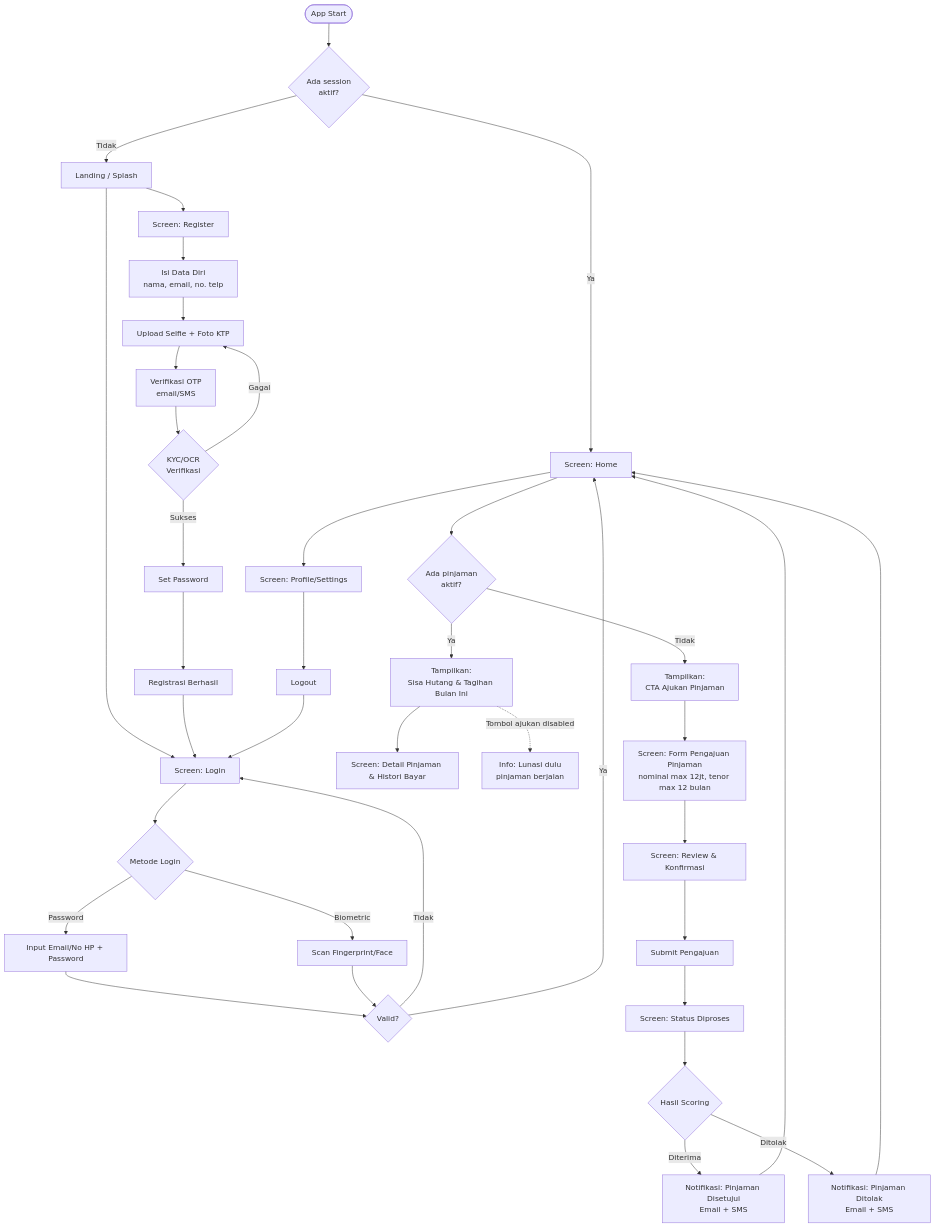
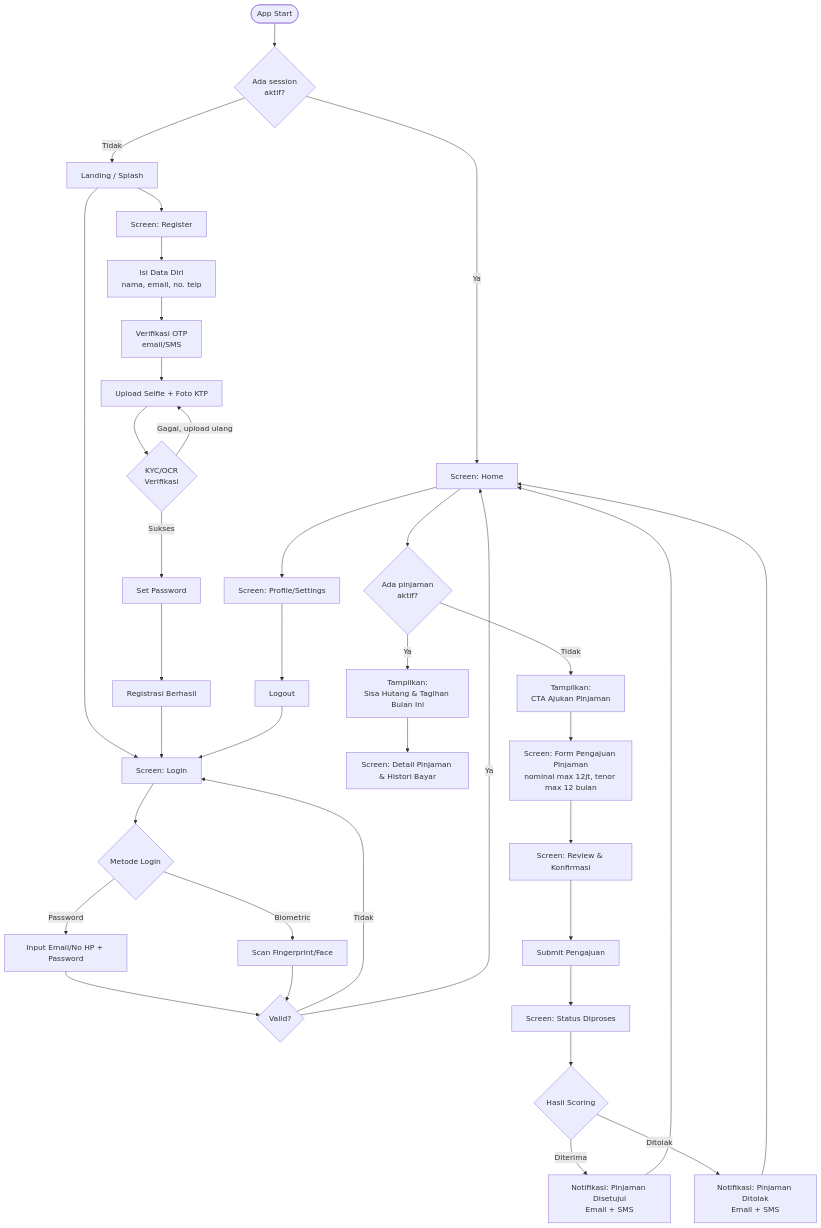
Before and after one commit to sendygit/assesment-solution-analyst: the diagram in docs/02-screen-flow/screen-flow.md, drawn with Mermaid. The commit also changed other lines of this file, not shown here.

Commit message:
Fix screen flow: verify OTP before KTP upload, remove dangling blocked node

````diff
--- a/docs/02-screen-flow/screen-flow.md
+++ b/docs/02-screen-flow/screen-flow.md
@@ -3,47 +3,46 @@
 ```mermaid
 flowchart TD
     Start([App Start]) --> HasSession{Ada session<br/>aktif?}
     HasSession -->|Ya| Home
     HasSession -->|Tidak| Landing[Landing / Splash]
 
     Landing --> Login[Screen: Login]
     Landing --> Register[Screen: Register]
 
     Register --> RegForm[Isi Data Diri<br/>nama, email, no. telp]
-    RegForm --> UploadDoc[Upload Selfie + Foto KTP]
-    UploadDoc --> OTP[Verifikasi OTP<br/>email/SMS]
-    OTP --> KYCCheck{KYC/OCR<br/>Verifikasi}
-    KYCCheck -->|Gagal| UploadDoc
+    RegForm --> OTP[Verifikasi OTP<br/>email/SMS]
+    OTP --> UploadDoc[Upload Selfie + Foto KTP]
+    UploadDoc --> KYCCheck{KYC/OCR<br/>Verifikasi}
+    KYCCheck -->|Gagal, upload ulang| UploadDoc
     KYCCheck -->|Sukses| SetPassword[Set Password]
     SetPassword --> RegSuccess[Registrasi Berhasil]
     RegSuccess --> Login
 
     Login --> LoginMethod{Metode Login}
     LoginMethod -->|Password| LoginPwd[Input Email/No HP + Password]
     LoginMethod -->|Biometric| LoginBio[Scan Fingerprint/Face]
     LoginPwd --> AuthCheck{Valid?}
     LoginBio --> AuthCheck
     AuthCheck -->|Tidak| Login
     AuthCheck -->|Ya| Home[Screen: Home]
 
     Home --> LoanStatusCheck{Ada pinjaman<br/>aktif?}
     LoanStatusCheck -->|Ya| HomeActive[Tampilkan:<br/>Sisa Hutang & Tagihan Bulan Ini]
     LoanStatusCheck -->|Tidak| HomeEmpty[Tampilkan:<br/>CTA Ajukan Pinjaman]
 
     HomeActive --> Detail[Screen: Detail Pinjaman & Histori Bayar]
-    HomeActive -.->|Tombol ajukan disabled| Blocked[Info: Lunasi dulu<br/>pinjaman berjalan]
 
     HomeEmpty --> LoanForm[Screen: Form Pengajuan Pinjaman<br/>nominal max 12jt, tenor max 12 bulan]
     LoanForm --> LoanReview[Screen: Review & Konfirmasi]
     LoanReview --> Submit[Submit Pengajuan]
     Submit --> Processing[Screen: Status Diproses]
     Processing --> Decision{Hasil Scoring}
     Decision -->|Diterima| Approved[Notifikasi: Pinjaman Disetujui<br/>Email + SMS]
     Decision -->|Ditolak| Rejected[Notifikasi: Pinjaman Ditolak<br/>Email + SMS]
     Approved --> Home
     Rejected --> Home
 
     Home --> Profile[Screen: Profile/Settings]
     Profile --> Logout[Logout]
     Logout --> Login
 ```
````
